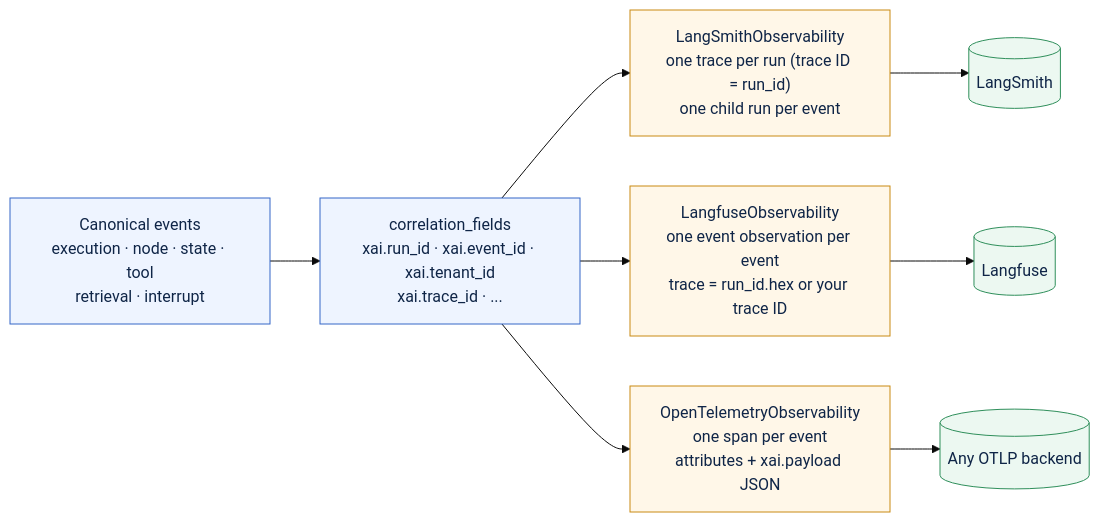
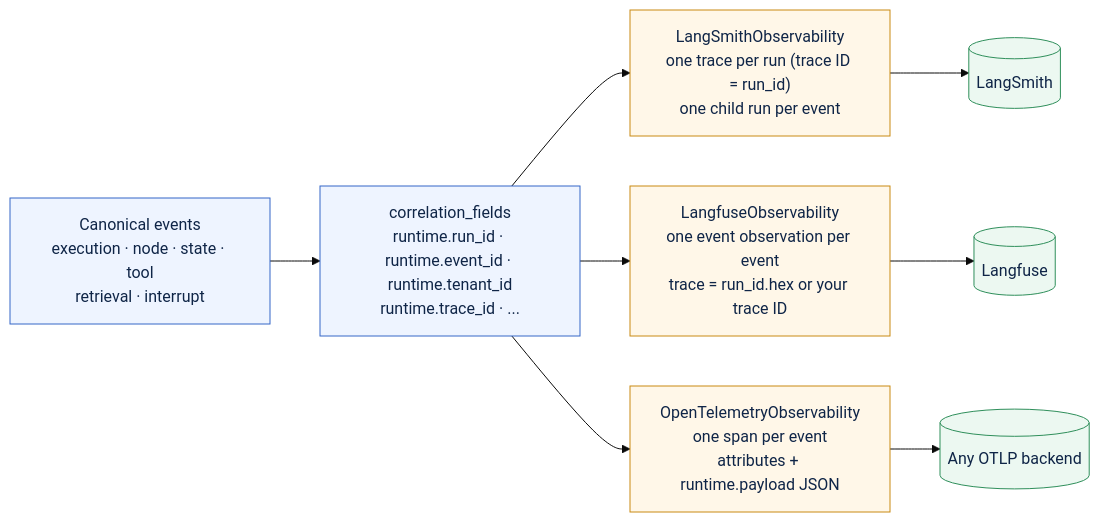
Before and after one commit to smuniharish/agxai: the diagram in diagrams/observability-boundary.mmd, drawn with Mermaid (base theme). The commit also changed 207 other files, not shown here.

```diff
--- a/diagrams/observability-boundary.mmd
+++ b/diagrams/observability-boundary.mmd
@@ -1,16 +1,16 @@
 flowchart LR
     classDef core fill:#eef4ff,stroke:#3567c7,color:#0f2547
     classDef adapter fill:#fff7e8,stroke:#c98a12,color:#0f2547
     classDef backend fill:#ecf8f1,stroke:#2f8f5b,color:#0f2547
 
     events["Canonical events<br/>execution · node · state · tool<br/>retrieval · interrupt"]:::core
-    fields["correlation_fields<br/>xai.run_id · xai.event_id · xai.tenant_id<br/>xai.trace_id · ..."]:::core
+    fields["correlation_fields<br/>runtime.run_id · runtime.event_id · runtime.tenant_id<br/>runtime.trace_id · ..."]:::core
     events --> fields
 
     fields --> langsmith["LangSmithObservability<br/>one trace per run (trace ID = run_id)<br/>one child run per event"]:::adapter
     fields --> langfuse["LangfuseObservability<br/>one event observation per event<br/>trace = run_id.hex or your trace ID"]:::adapter
-    fields --> otel["OpenTelemetryObservability<br/>one span per event<br/>attributes + xai.payload JSON"]:::adapter
+    fields --> otel["OpenTelemetryObservability<br/>one span per event<br/>attributes + runtime.payload JSON"]:::adapter
 
     langsmith --> ls[("LangSmith")]:::backend
     langfuse --> lf[("Langfuse")]:::backend
     otel --> collector[("Any OTLP backend")]:::backend
```
